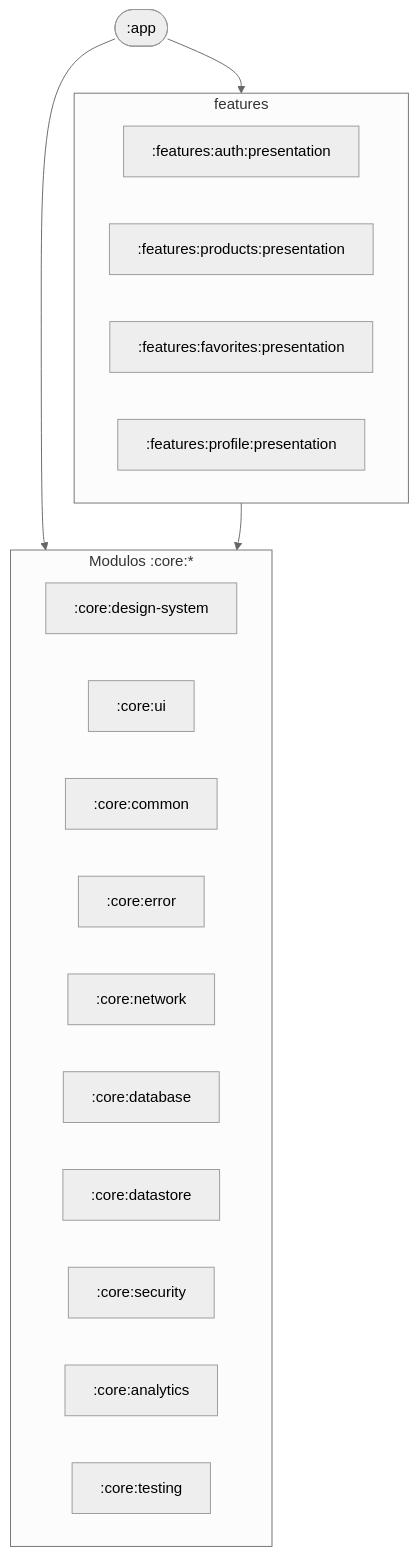
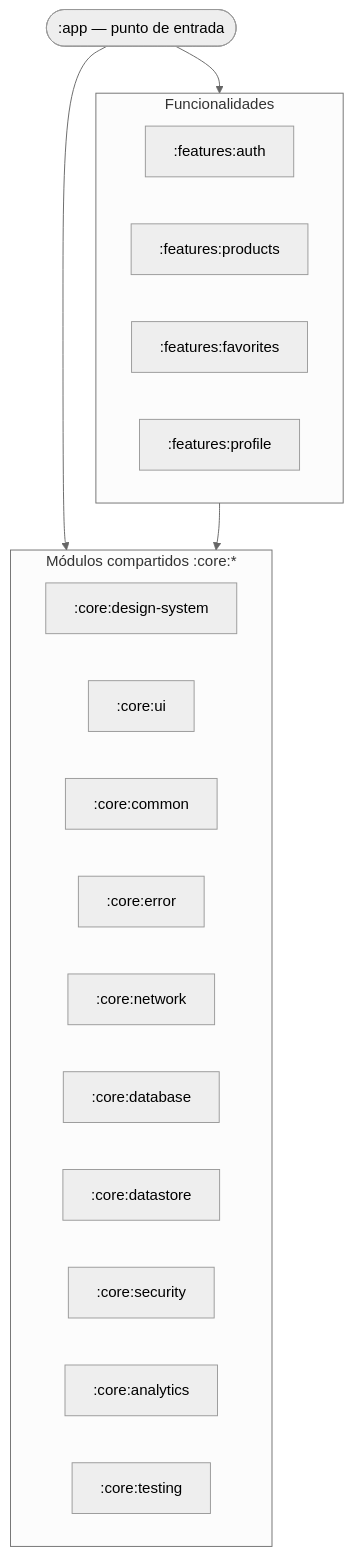
The first of 2 diagrams in docs/arquitectura.md (spanesso/android-fake-store-app), drawn with Mermaid (neutral theme) before and after one commit. The commit also changed other lines of this file and 9 other files, not shown here.

````diff
--- a/docs/arquitectura.md
+++ b/docs/arquitectura.md
@@ -17,30 +73,30 @@
 ```mermaid
 flowchart TB
-  app([:app])
+  app([:app — punto de entrada])
 
-  subgraph features
+  subgraph features [Funcionalidades]
     direction LR
-    auth_pres[:features:auth:presentation]
-    products_pres[:features:products:presentation]
-    favorites_pres[:features:favorites:presentation]
-    profile_pres[:features:profile:presentation]
+    auth[:features:auth]
+    products[:features:products]
+    favorites[:features:favorites]
+    profile[:features:profile]
   end
 
-  subgraph cores [Modulos :core:*]
+  subgraph cores [Módulos compartidos :core:*]
     direction LR
     ds[:core:design-system]
     cui[:core:ui]
     common[:core:common]
     err[:core:error]
     net[:core:network]
     db[:core:database]
     dstore[:core:datastore]
     sec[:core:security]
     an[:core:analytics]
     test[:core:testing]
   end
 
   app --> features
   app --> cores
   features --> cores
 ```
````
